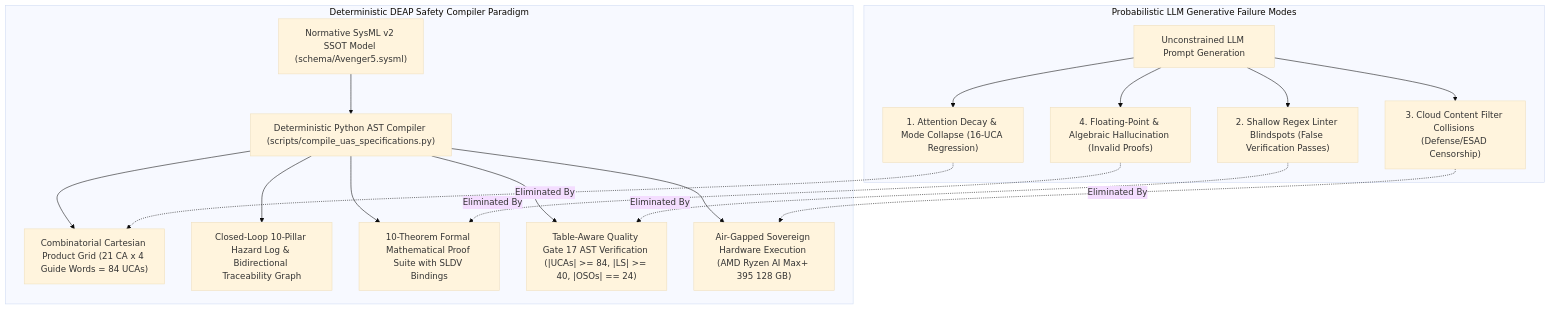
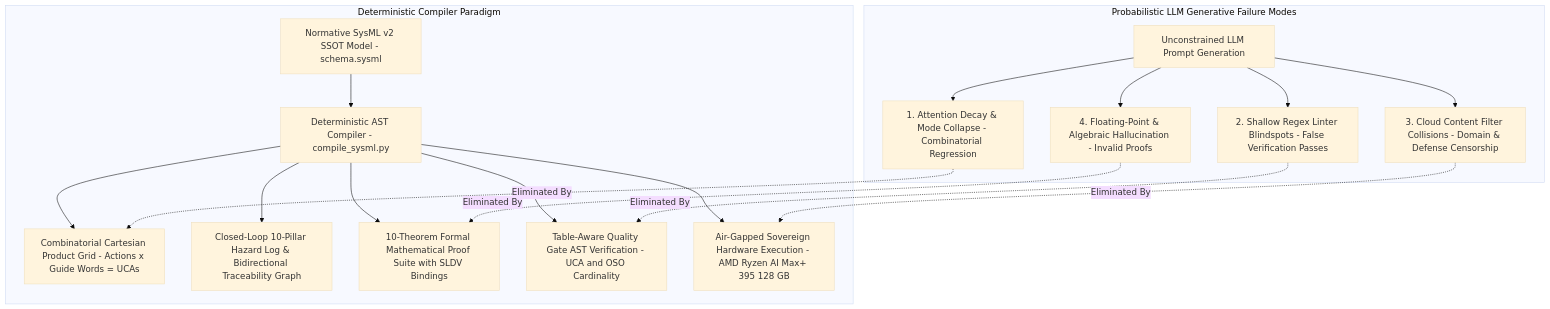
The first of 11 diagrams in docs/architecture/blueprints/DEAP_DETERMINISTIC_SAFETY_SPECIFICATION_COMPILER_BLUEPRINT.md (gintatkinson/DEAP01-spec-core), drawn with Mermaid (base theme) before and after one commit. The commit also changed other lines of this file, not shown here.

Commit message:
docs(architecture): purify safety compiler blueprint to 100% abstract schema-driven AST formulation

````diff
--- a/docs/architecture/blueprints/DEAP_DETERMINISTIC_SAFETY_SPECIFICATION_COMPILER_BLUEPRINT.md
+++ b/docs/architecture/blueprints/DEAP_DETERMINISTIC_SAFETY_SPECIFICATION_COMPILER_BLUEPRINT.md
@@ -36,23 +36,23 @@
 ```mermaid
 flowchart TD
-    subgraph ProbabilisticFailures["Probabilistic LLM Generative Failure Modes"]
-        A["Unconstrained LLM Prompt Generation"] --> B["1. Attention Decay & Mode Collapse (16-UCA Regression)"]
-        A --> C["2. Shallow Regex Linter Blindspots (False Verification Passes)"]
-        A --> D["3. Cloud Content Filter Collisions (Defense/ESAD Censorship)"]
-        A --> E["4. Floating-Point & Algebraic Hallucination (Invalid Proofs)"]
+    subgraph "Probabilistic LLM Generative Failure Modes"
+        A["Unconstrained LLM Prompt Generation"] --> B["1. Attention Decay & Mode Collapse - Combinatorial Regression"]
+        A --> C["2. Shallow Regex Linter Blindspots - False Verification Passes"]
+        A --> D["3. Cloud Content Filter Collisions - Domain & Defense Censorship"]
+        A --> E["4. Floating-Point & Algebraic Hallucination - Invalid Proofs"]
     end
 
-    subgraph DeterministicCompiler["Deterministic DEAP Safety Compiler Paradigm"]
-        F["Normative SysML v2 SSOT Model (schema/Avenger5.sysml)"] --> G["Deterministic Python AST Compiler (scripts/compile_uas_specifications.py)"]
-        G --> H["Combinatorial Cartesian Product Grid (21 CA x 4 Guide Words = 84 UCAs)"]
+    subgraph "Deterministic Compiler Paradigm"
+        F["Normative SysML v2 SSOT Model - schema.sysml"] --> G["Deterministic AST Compiler - compile_sysml.py"]
+        G --> H["Combinatorial Cartesian Product Grid - Actions x Guide Words = UCAs"]
         G --> I["Closed-Loop 10-Pillar Hazard Log & Bidirectional Traceability Graph"]
         G --> J["10-Theorem Formal Mathematical Proof Suite with SLDV Bindings"]
-        G --> K["Table-Aware Quality Gate 17 AST Verification (|UCAs| >= 84, |LS| >= 40, |OSOs| == 24)"]
-        G --> L["Air-Gapped Sovereign Hardware Execution (AMD Ryzen AI Max+ 395 128 GB)"]
+        G --> K["Table-Aware Quality Gate AST Verification - UCA and OSO Cardinality"]
+        G --> L["Air-Gapped Sovereign Hardware Execution - AMD Ryzen AI Max+ 395 128 GB"]
     end
 
     B -.->|"Eliminated By"| H
     C -.->|"Eliminated By"| K
     D -.->|"Eliminated By"| L
     E -.->|"Eliminated By"| J
 ```
````
